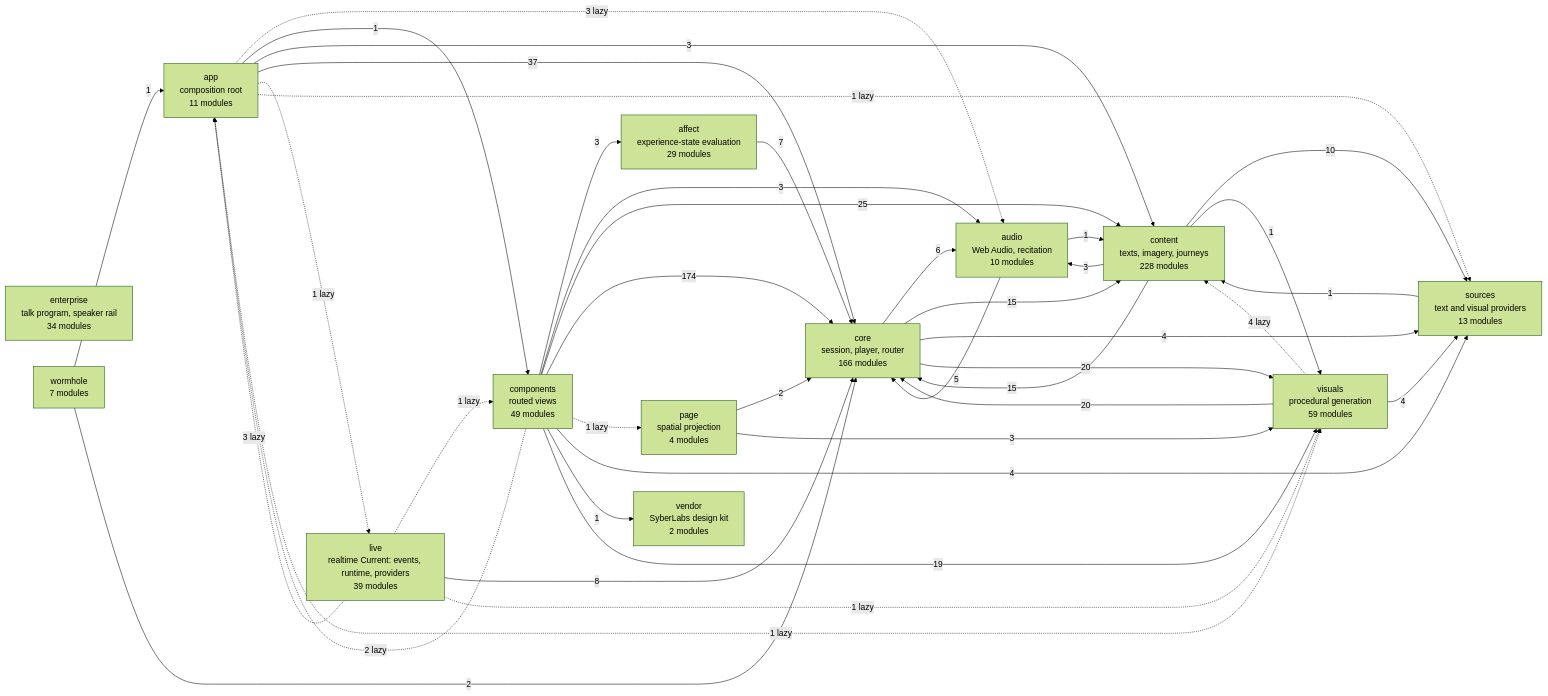
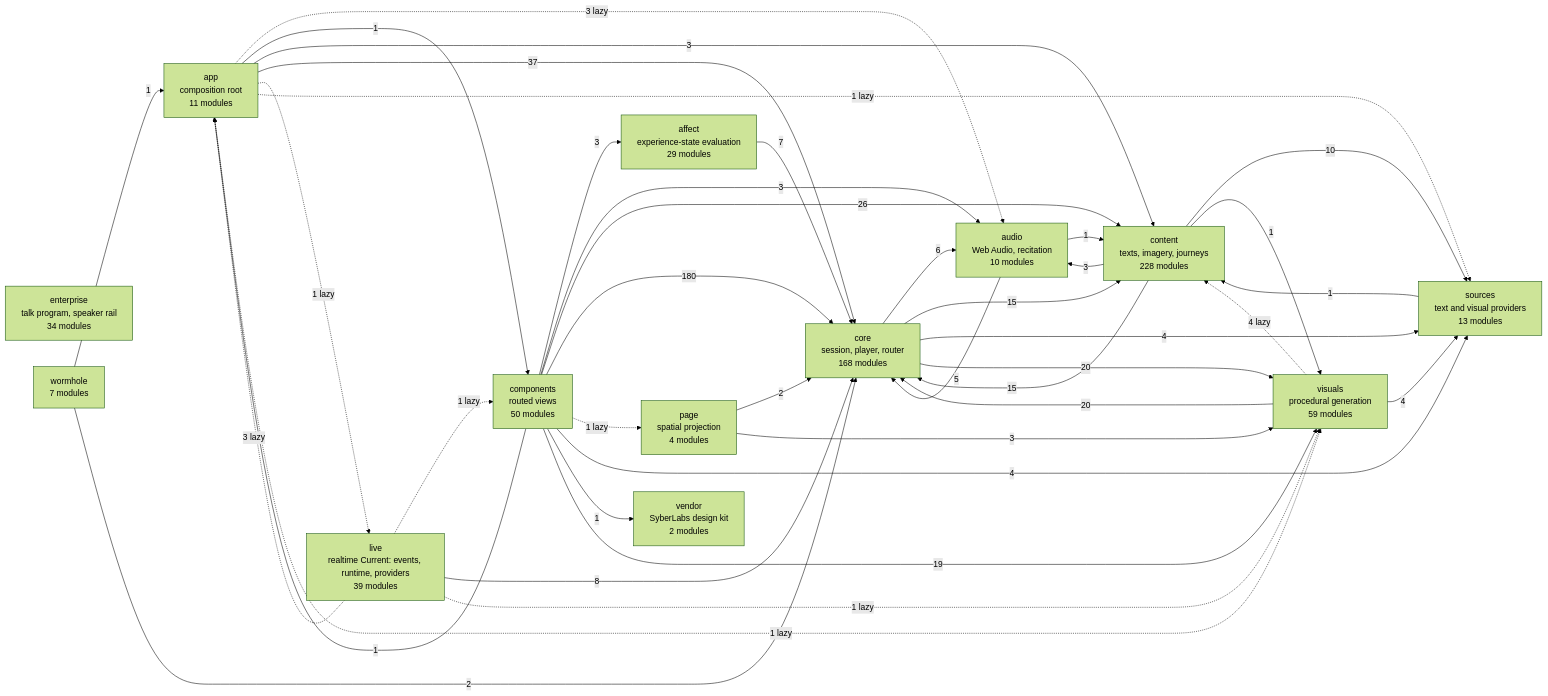
Before and after one commit to SyberLabs/RISE: the diagram in docs/specs/ARCHITECTURE.md, drawn with Mermaid (forest theme). The commit also changed 22 other files, not shown here.

````diff
--- a/docs/specs/ARCHITECTURE.md
+++ b/docs/specs/ARCHITECTURE.md
@@ -160,56 +160,56 @@
 ```mermaid
 flowchart LR
     affect["affect<br/>experience-state evaluation<br/>29 modules"]
     app["app<br/>composition root<br/>11 modules"]
     audio["audio<br/>Web Audio, recitation<br/>10 modules"]
-    components["components<br/>routed views<br/>49 modules"]
+    components["components<br/>routed views<br/>50 modules"]
     content["content<br/>texts, imagery, journeys<br/>228 modules"]
-    core["core<br/>session, player, router<br/>166 modules"]
+    core["core<br/>session, player, router<br/>168 modules"]
     enterprise["enterprise<br/>talk program, speaker rail<br/>34 modules"]
     live["live<br/>realtime Current: events, runtime, providers<br/>39 modules"]
     page["page<br/>spatial projection<br/>4 modules"]
     sources["sources<br/>text and visual providers<br/>13 modules"]
     vendor["vendor<br/>SyberLabs design kit<br/>2 modules"]
     visuals["visuals<br/>procedural generation<br/>59 modules"]
     wormhole["wormhole<br/>7 modules"]
 
     affect --> |7| core
     app -.-> |3 lazy| audio
     app --> |1| components
     app --> |3| content
     app --> |37| core
     app -.-> |1 lazy| live
     app -.-> |1 lazy| sources
     app -.-> |1 lazy| visuals
     audio --> |1| content
     audio --> |5| core
     components --> |3| affect
-    components -.-> |2 lazy| app
+    components --> |1| app
     components --> |3| audio
-    components --> |25| content
-    components --> |174| core
+    components --> |26| content
+    components --> |180| core
     components -.-> |1 lazy| page
     components --> |4| sources
     components --> |1| vendor
     components --> |19| visuals
     content --> |3| audio
     content --> |15| core
     content --> |10| sources
     content --> |1| visuals
     core --> |6| audio
     core --> |15| content
     core --> |4| sources
     core --> |20| visuals
     live -.-> |3 lazy| app
     live -.-> |1 lazy| components
     live --> |8| core
     live -.-> |1 lazy| visuals
     page --> |2| core
     page --> |3| visuals
     sources --> |1| content
     visuals -.-> |4 lazy| content
     visuals --> |20| core
     visuals --> |4| sources
     wormhole --> |1| app
     wormhole --> |2| core
 ```
````
